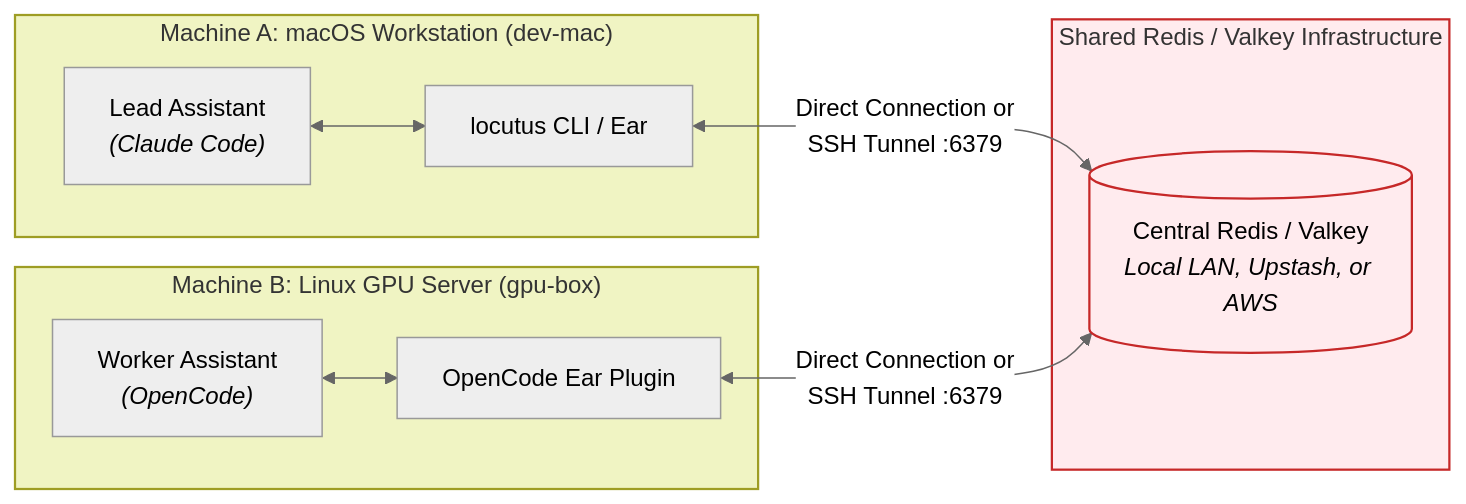
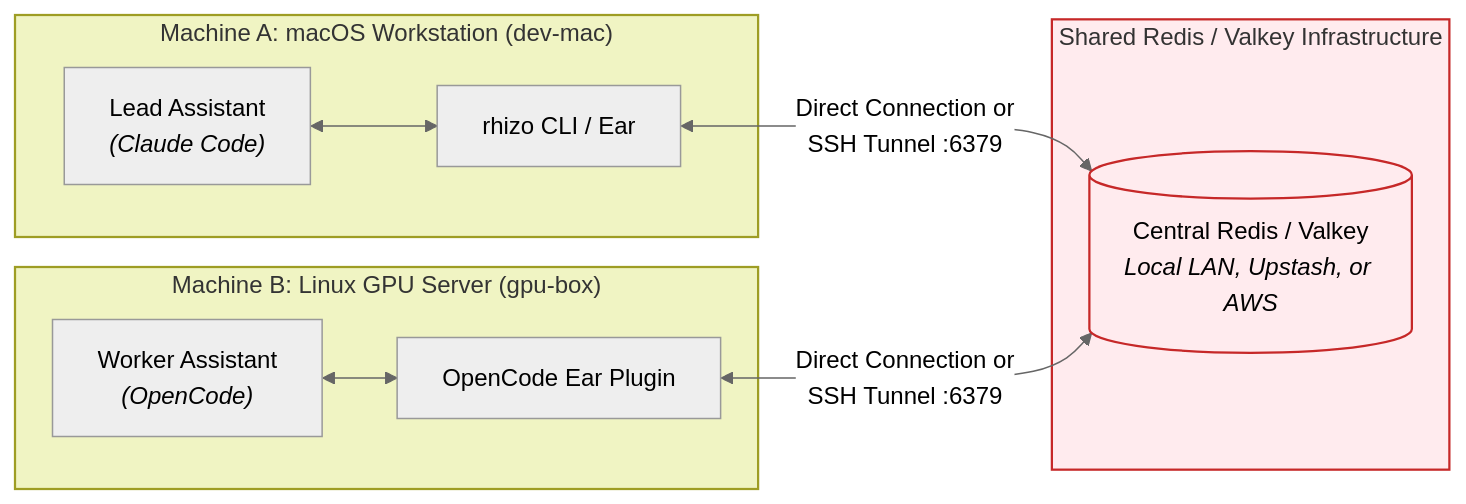
The fifth of 5 diagrams in README.md (axiomantic/locu), drawn with Mermaid (neutral theme) before and after one commit. The commit also changed other lines of this file and 4 other files, not shown here.

````diff
--- a/README.md
+++ b/README.md
@@ -1013,26 +970,26 @@
 ```mermaid
 flowchart LR
     subgraph HostA["Machine A: macOS Workstation (dev-mac)"]
         A_Lead["Lead Assistant<br/><i>(Claude Code)</i>"]
-        A_CLI["locutus CLI / Ear"]
+        A_CLI["rhizo CLI / Ear"]
         A_Lead <--> A_CLI
     end
 
     subgraph HostB["Machine B: Linux GPU Server (gpu-box)"]
         B_Worker["Worker Assistant<br/><i>(OpenCode)</i>"]
         B_Ear["OpenCode Ear Plugin"]
         B_Worker <--> B_Ear
     end
 
     subgraph Bus["Shared Redis / Valkey Infrastructure"]
         RedisServer[("Central Redis / Valkey<br/><i>Local LAN, Upstash, or AWS</i>")]
     end
 
     A_CLI <-->|Direct Connection or<br/>SSH Tunnel :6379| RedisServer
     B_Ear <-->|Direct Connection or<br/>SSH Tunnel :6379| RedisServer
 
     classDef host fill:#f0f4c3,stroke:#9e9d24,stroke-width:1.5px;
     classDef redis fill:#ffebee,stroke:#c62828,stroke-width:1.5px;
     class HostA,HostB host;
     class Bus,RedisServer redis;
 ```
````
